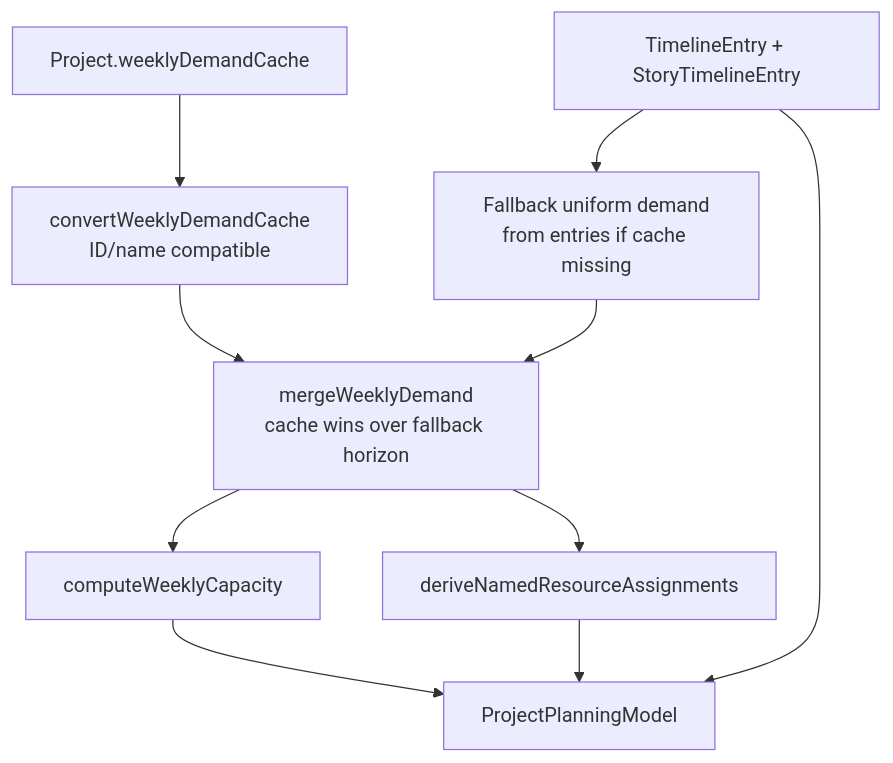
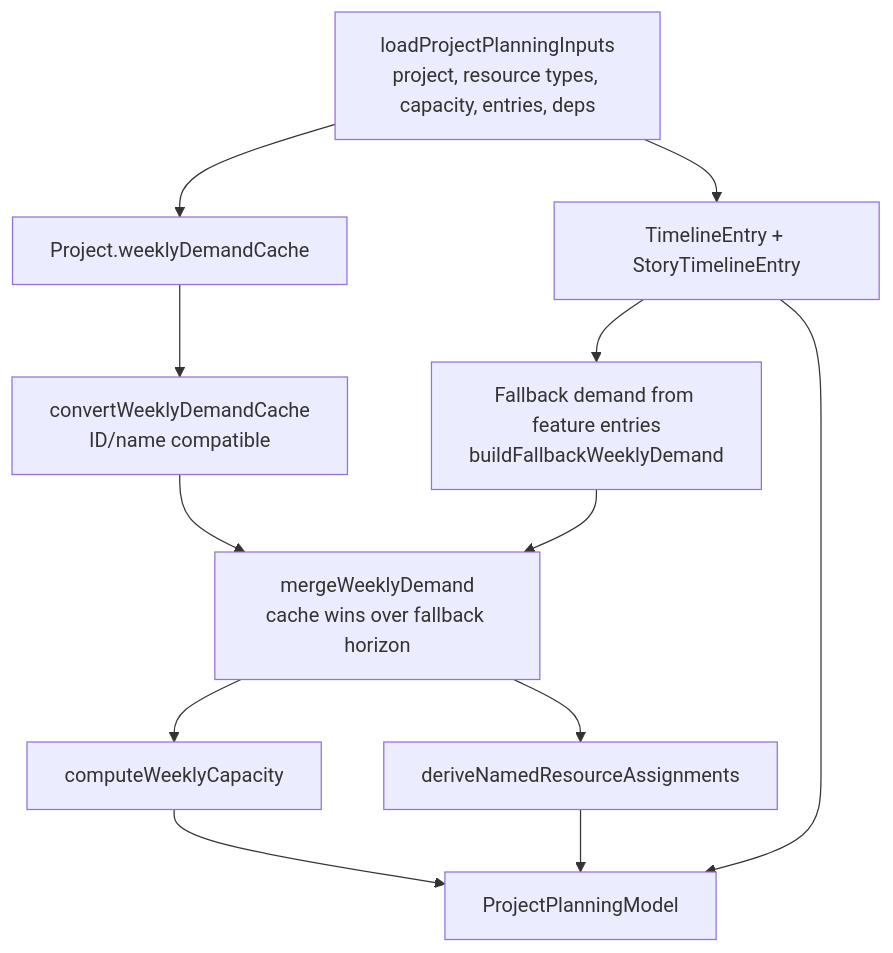
One commit to NickMonrad/monrad-estimator changed the seventh of 9 diagrams in docs/architecture/scheduling-and-resource-model.md. Above: the diagram before and after it, drawn with Mermaid. The commit also changed other lines of this file and 14 other files, not shown here.

````diff
--- a/docs/architecture/scheduling-and-resource-model.md
+++ b/docs/architecture/scheduling-and-resource-model.md
@@ -511,21 +517,24 @@
 ```mermaid
 flowchart TD
+  Load[loadProjectPlanningInputs<br/>project, resource types, capacity, entries, deps]
   TimelineEntries[TimelineEntry + StoryTimelineEntry]
   Cache[Project.weeklyDemandCache]
-  Fallback[Fallback uniform demand<br/>from entries if cache missing]
+  Fallback[Fallback demand from feature entries<br/>buildFallbackWeeklyDemand]
   Convert[convertWeeklyDemandCache<br/>ID/name compatible]
   Merge[mergeWeeklyDemand<br/>cache wins over fallback horizon]
   Capacity[computeWeeklyCapacity]
   Assign[deriveNamedResourceAssignments]
   Model[ProjectPlanningModel]
 
+  Load --> TimelineEntries
+  Load --> Cache
   TimelineEntries --> Fallback
   Cache --> Convert
   Convert --> Merge
   Fallback --> Merge
   Merge --> Capacity
   Merge --> Assign
   Capacity --> Model
   Assign --> Model
   TimelineEntries --> Model
 ```
````
